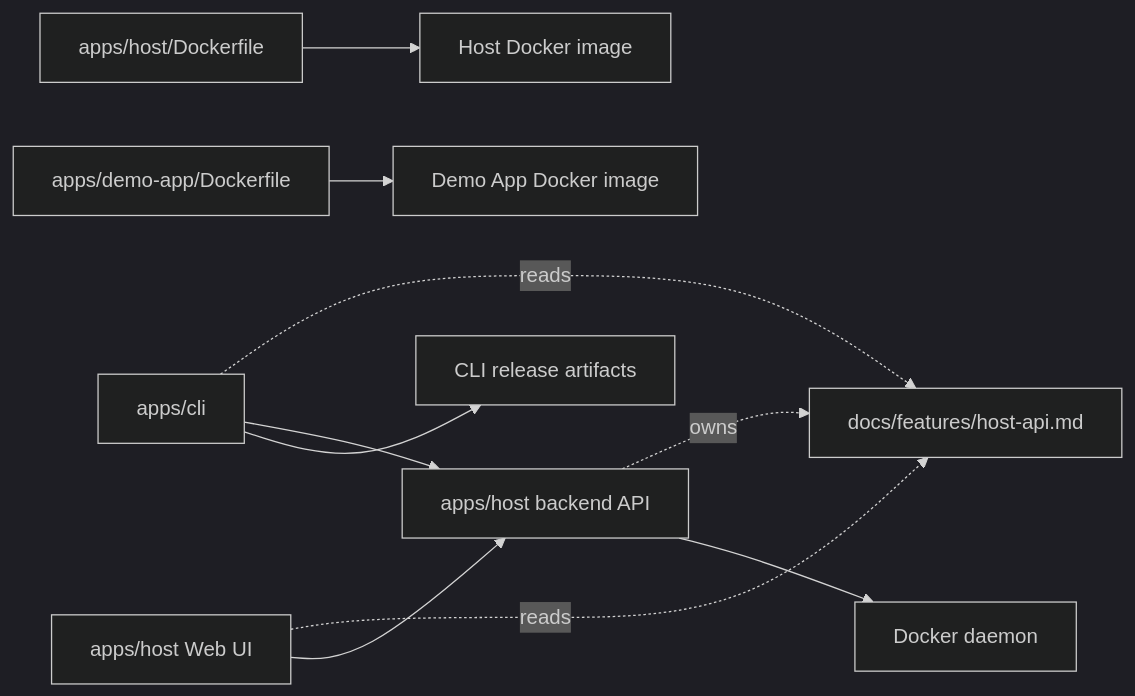
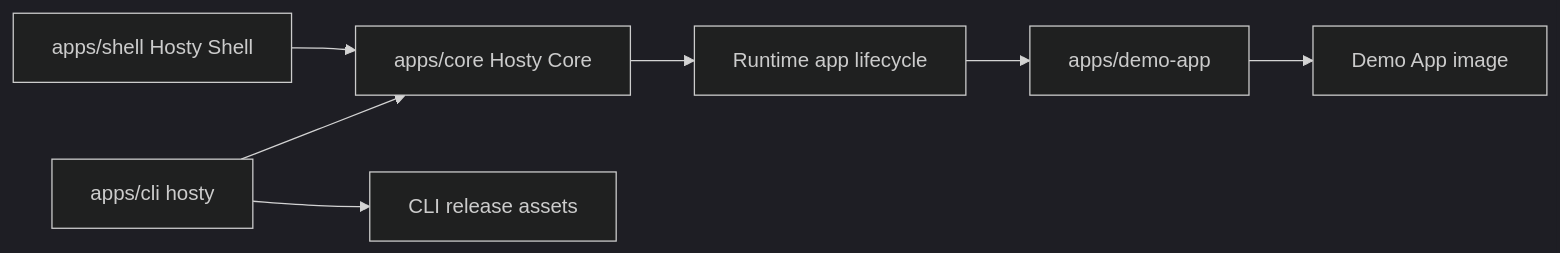
The diagram in docs/features/repository-release-model.md (alex-de-haas/docker-host), drawn with Mermaid (dark theme) before and after one commit. The commit also changed other lines of this file and 302 other files, not shown here.

Commit message:
Remove legacy Host app and compatibility code

````diff
--- a/docs/features/repository-release-model.md
+++ b/docs/features/repository-release-model.md
@@ -59,12 +20,9 @@
 ```mermaid
 flowchart LR
-  A["apps/cli"] -. reads .-> B["docs/features/host-api.md"]
-  C["apps/host Web UI"] -. reads .-> B
-  D["apps/host backend API"] -. owns .-> B
-  C --> D
-  A --> D
-  D --> E["Docker daemon"]
-  F["apps/host/Dockerfile"] --> G["Host Docker image"]
-  I["apps/demo-app/Dockerfile"] --> J["Demo App Docker image"]
-  A --> H["CLI release artifacts"]
+  CLI["apps/cli hosty"] --> Core["apps/core Hosty Core"]
+  Shell["apps/shell Hosty Shell"] --> Core
+  Core --> Runtime["Runtime app lifecycle"]
+  Runtime --> Demo["apps/demo-app"]
+  CLI --> Artifacts["CLI release assets"]
+  Demo --> DemoImage["Demo App image"]
 ```
````
